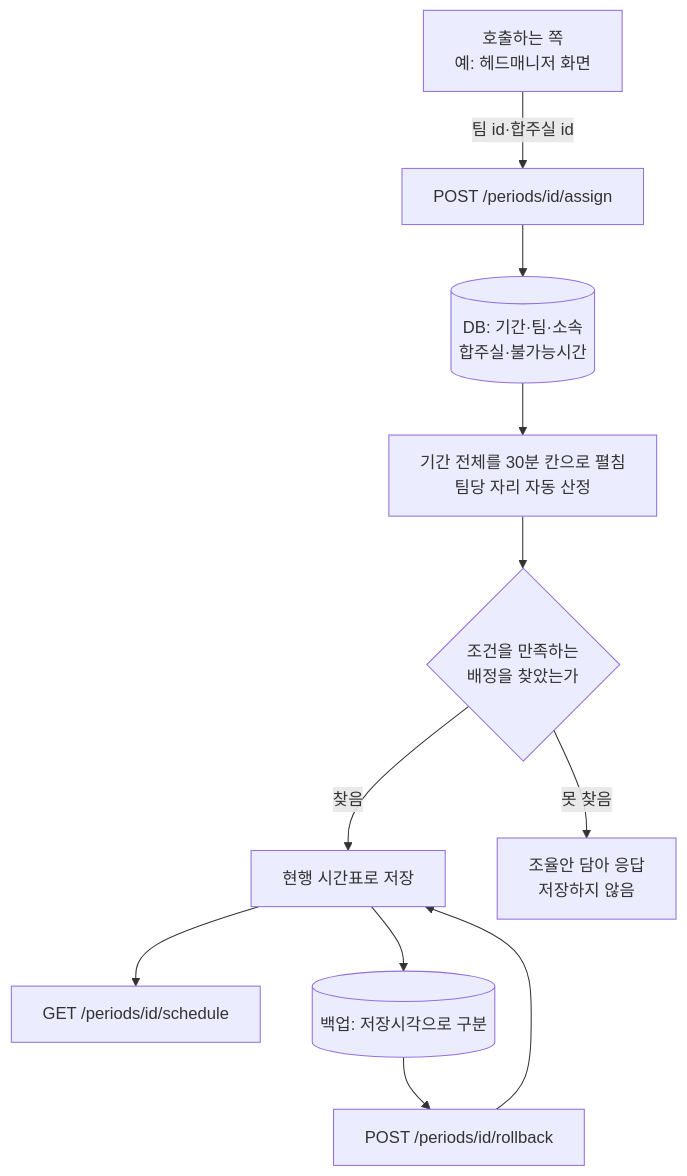
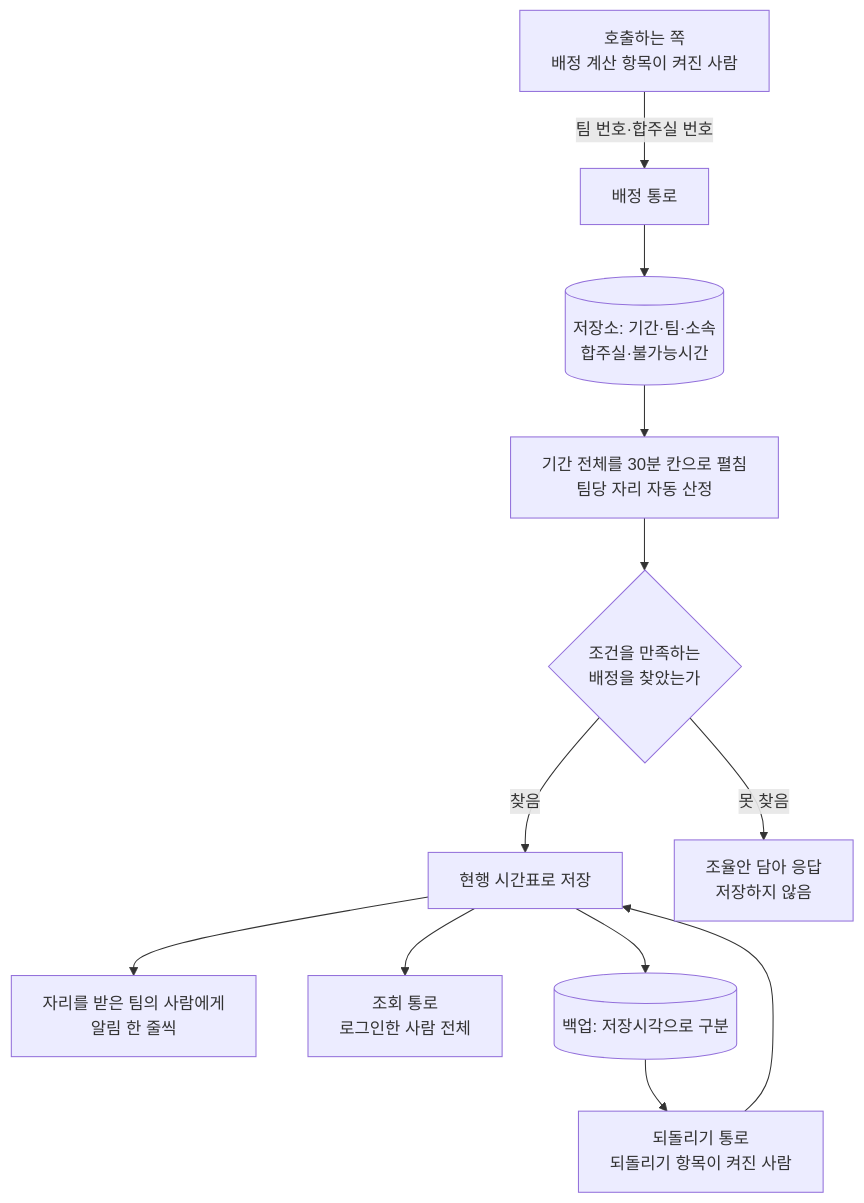
The diagram in .cluedoc/scheduling-api/period-assignment/README.md (minkong-dev/Banblit), drawn with Mermaid before and after one commit. The commit also changed other lines of this file and 11 other files, not shown here.

````diff
--- a/.cluedoc/scheduling-api/period-assignment/README.md
+++ b/.cluedoc/scheduling-api/period-assignment/README.md
@@ -17,13 +20,14 @@
 ```mermaid
 flowchart TD
-    R[호출하는 쪽<br/>예: 헤드매니저 화면] -->|팀 id·합주실 id| A["POST /periods/id/assign"]
-    A --> D[(DB: 기간·팀·소속<br/>합주실·불가능시간)]
+    R[호출하는 쪽<br/>배정 계산 항목이 켜진 사람] -->|팀 번호·합주실 번호| A[배정 통로]
+    A --> D[(저장소: 기간·팀·소속<br/>합주실·불가능시간)]
     D --> E[기간 전체를 30분 칸으로 펼침<br/>팀당 자리 자동 산정]
     E --> F{조건을 만족하는<br/>배정을 찾았는가}
     F -->|찾음| S[현행 시간표로 저장]
     F -->|못 찾음| P[조율안 담아 응답<br/>저장하지 않음]
-    S --> G["GET /periods/id/schedule"]
+    S --> W[자리를 받은 팀의 사람에게<br/>알림 한 줄씩]
+    S --> G[조회 통로<br/>로그인한 사람 전체]
     S --> B[(백업: 저장시각으로 구분)]
-    B --> K["POST /periods/id/rollback"]
+    B --> K[되돌리기 통로<br/>되돌리기 항목이 켜진 사람]
     K --> S
 ```
````
